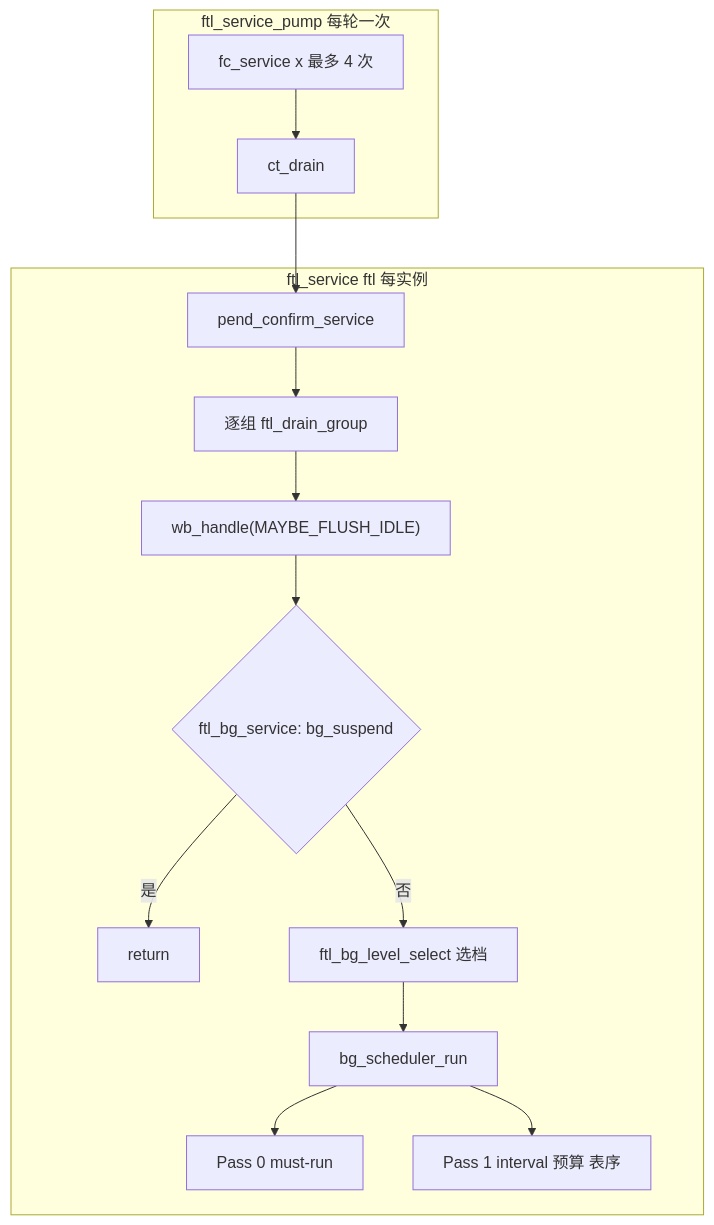
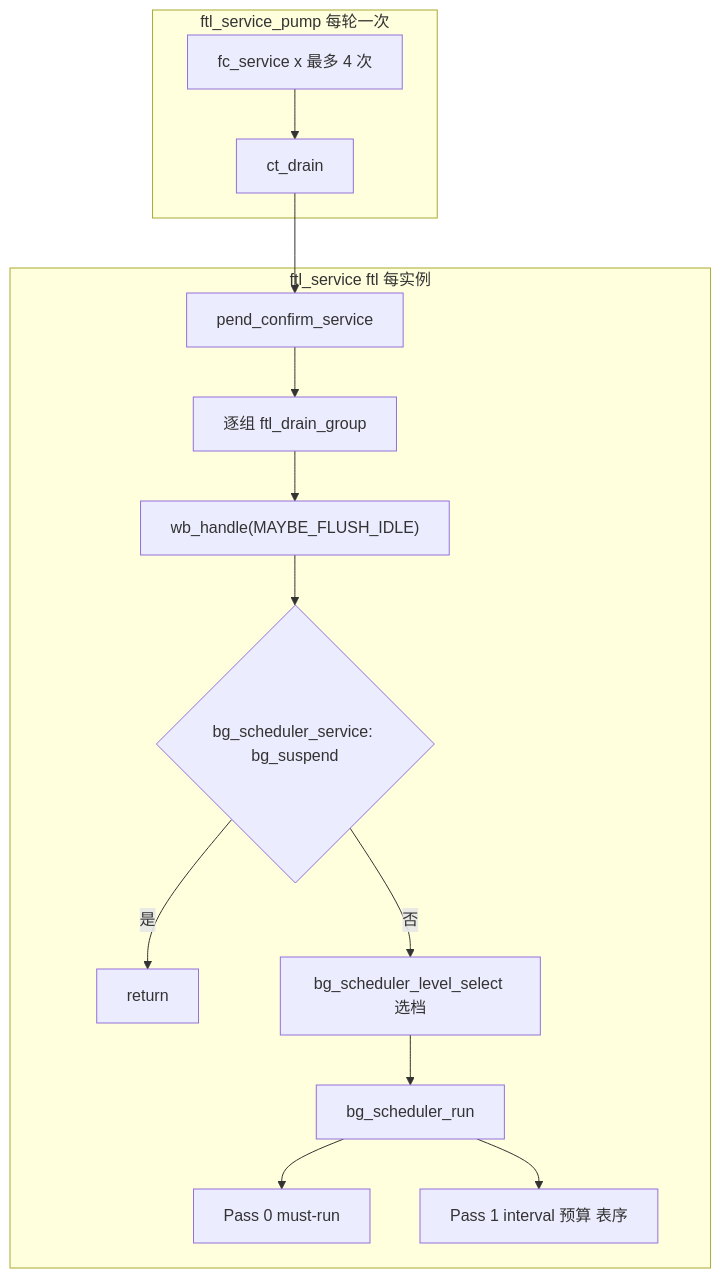
One commit to YzYMIAO/BASESSD changed diagram 20 of 32 in docs/design/ftl_design.md. Above: the diagram before and after it, drawn with Mermaid. The commit also changed other lines of this file and 8 other files, not shown here.

````diff
--- a/docs/design/ftl_design.md
+++ b/docs/design/ftl_design.md
@@ -3235,17 +3236,17 @@
 ```mermaid
 flowchart TB
     subgraph "ftl_service_pump 每轮一次"
         P1["fc_service x 最多 4 次"] --> P2["ct_drain"]
     end
     subgraph "ftl_service ftl 每实例"
         S1["pend_confirm_service"] --> S2["逐组 ftl_drain_group"]
         S2 --> S3["wb_handle(MAYBE_FLUSH_IDLE)"]
-        S3 --> S4{"ftl_bg_service: bg_suspend"}
+        S3 --> S4{"bg_scheduler_service: bg_suspend"}
         S4 -- "是" --> S5["return"]
-        S4 -- "否" --> S6["ftl_bg_level_select 选档"]
+        S4 -- "否" --> S6["bg_scheduler_level_select 选档"]
         S6 --> S7["bg_scheduler_run"]
         S7 --> S8["Pass 0 must-run"]
         S7 --> S9["Pass 1 interval 预算 表序"]
     end
     P2 --> S1
 ```
````
